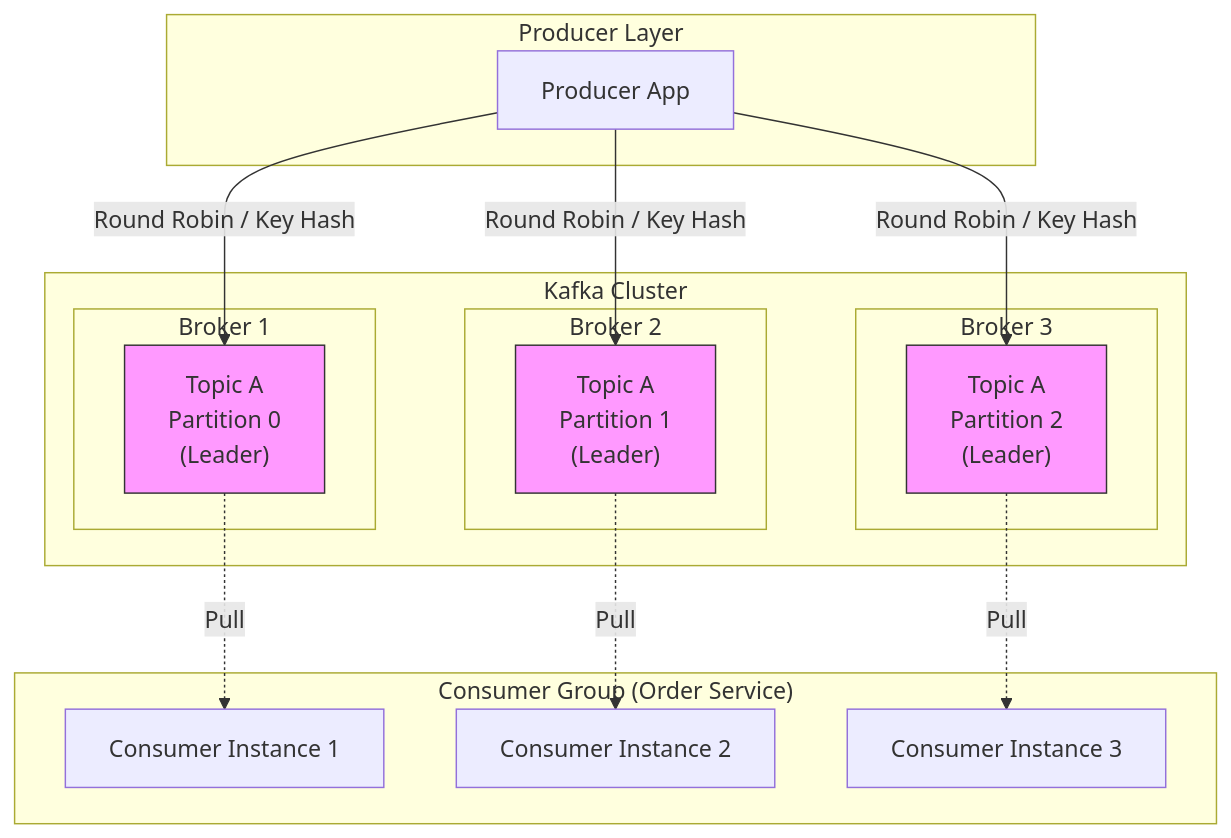
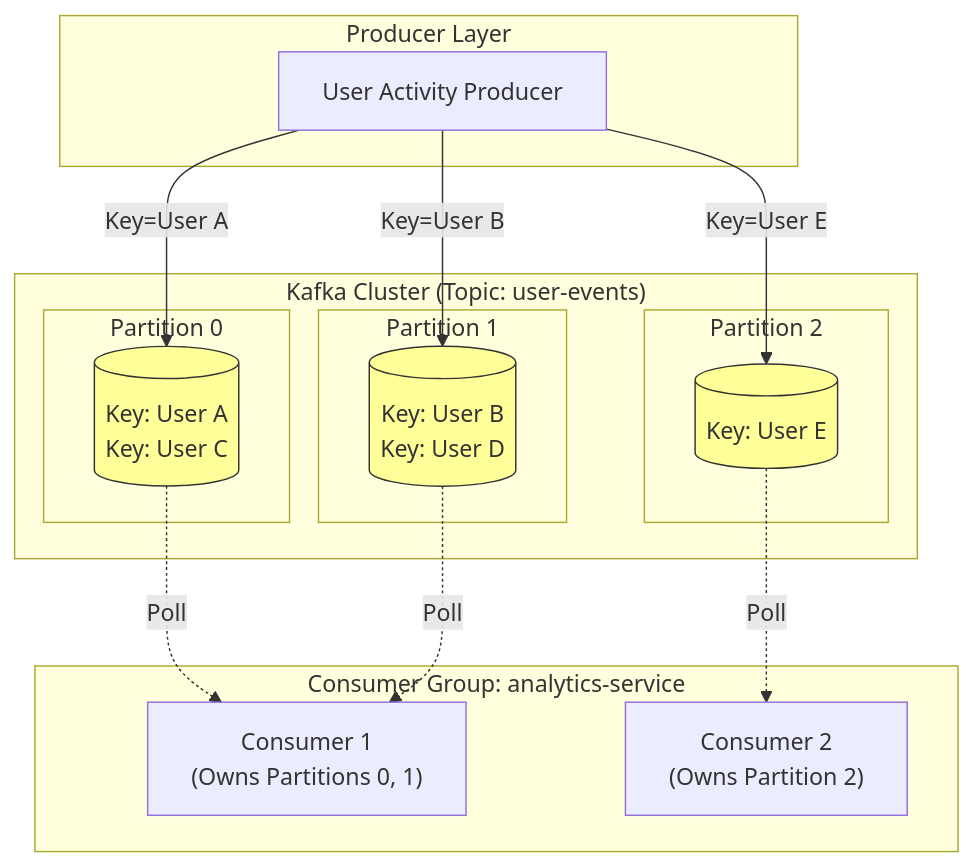
One commit to shubhamshukla-sde/interview-notes changed the diagram in KAFKA/What is Apache Kafka, and what are its core components?.md. Above: the diagram before and after it, drawn with Mermaid. The commit also changed other lines of this file, not shown here.

````diff
--- a/KAFKA/What is Apache Kafka, and what are its core components?.md
+++ b/KAFKA/What is Apache Kafka, and what are its core components?.md
@@ -49,38 +47,35 @@
 ```mermaid
 flowchart TD
     subgraph "Producer Layer"
-        P["Producer App"]
+        P["User Activity Producer"]
     end
 
-    subgraph "Kafka Cluster"
-        subgraph "Broker 1"
-            T1P0["Topic A<br>Partition 0<br>(Leader)"]
+    subgraph "Kafka Cluster (Topic: user-events)"
+        subgraph "Partition 0"
+            Log0[("Key: User A<br>Key: User C")]
         end
-        
-        subgraph "Broker 2"
-            T1P1["Topic A<br>Partition 1<br>(Leader)"]
+        subgraph "Partition 1"
+            Log1[("Key: User B<br>Key: User D")]
         end
-        
-        subgraph "Broker 3"
-            T1P2["Topic A<br>Partition 2<br>(Leader)"]
+        subgraph "Partition 2"
+            Log2[("Key: User E")]
         end
     end
 
-    subgraph "Consumer Group (Order Service)"
-        C1["Consumer Instance 1"]
-        C2["Consumer Instance 2"]
-        C3["Consumer Instance 3"]
+    subgraph "Consumer Group: analytics-service"
+        C1["Consumer 1<br>(Owns Partitions 0, 1)"]
+        C2["Consumer 2<br>(Owns Partition 2)"]
     end
 
-    P -->|Round Robin / Key Hash| T1P0
-    P -->|Round Robin / Key Hash| T1P1
-    P -->|Round Robin / Key Hash| T1P2
+    P -->|Key=User A| Log0
+    P -->|Key=User B| Log1
+    P -->|Key=User E| Log2
 
-    T1P0 -.->|Pull| C1
-    T1P1 -.->|Pull| C2
-    T1P2 -.->|Pull| C3
+    Log0 -.->|Poll| C1
+    Log1 -.->|Poll| C1
+    Log2 -.->|Poll| C2
 
-    style T1P0 fill:#f9f,stroke:#333
-    style T1P1 fill:#f9f,stroke:#333
-    style T1P2 fill:#f9f,stroke:#333
+    style Log0 fill:#ff9,stroke:#333
+    style Log1 fill:#ff9,stroke:#333
+    style Log2 fill:#ff9,stroke:#333
 ```
````
